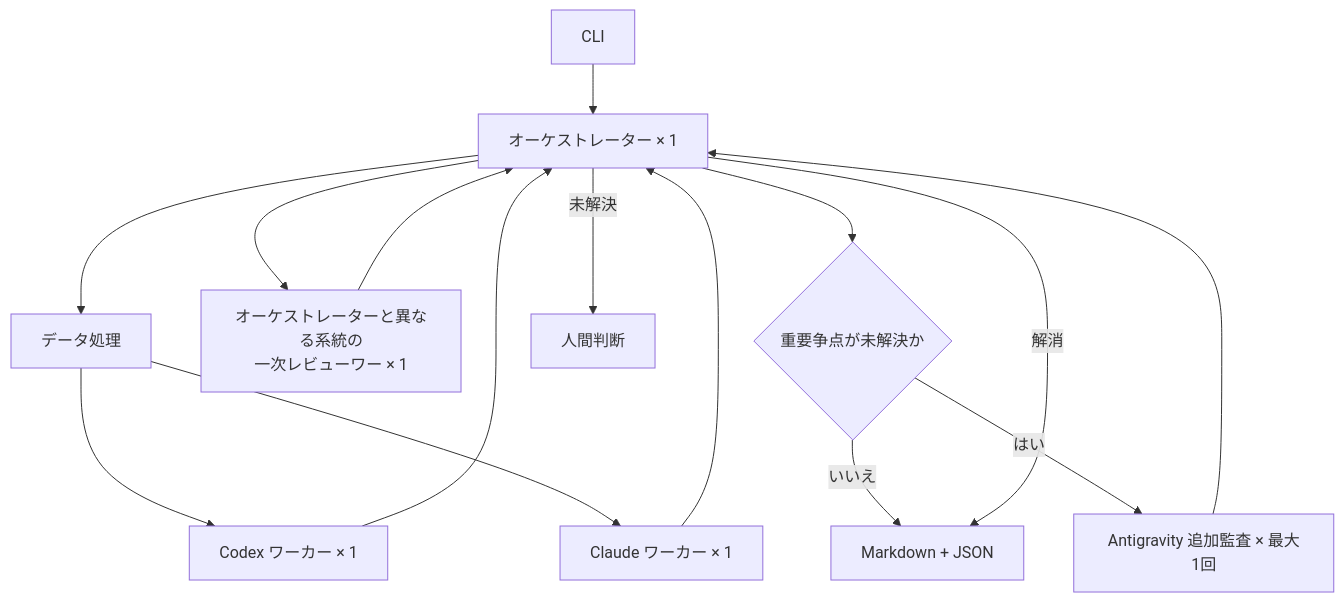
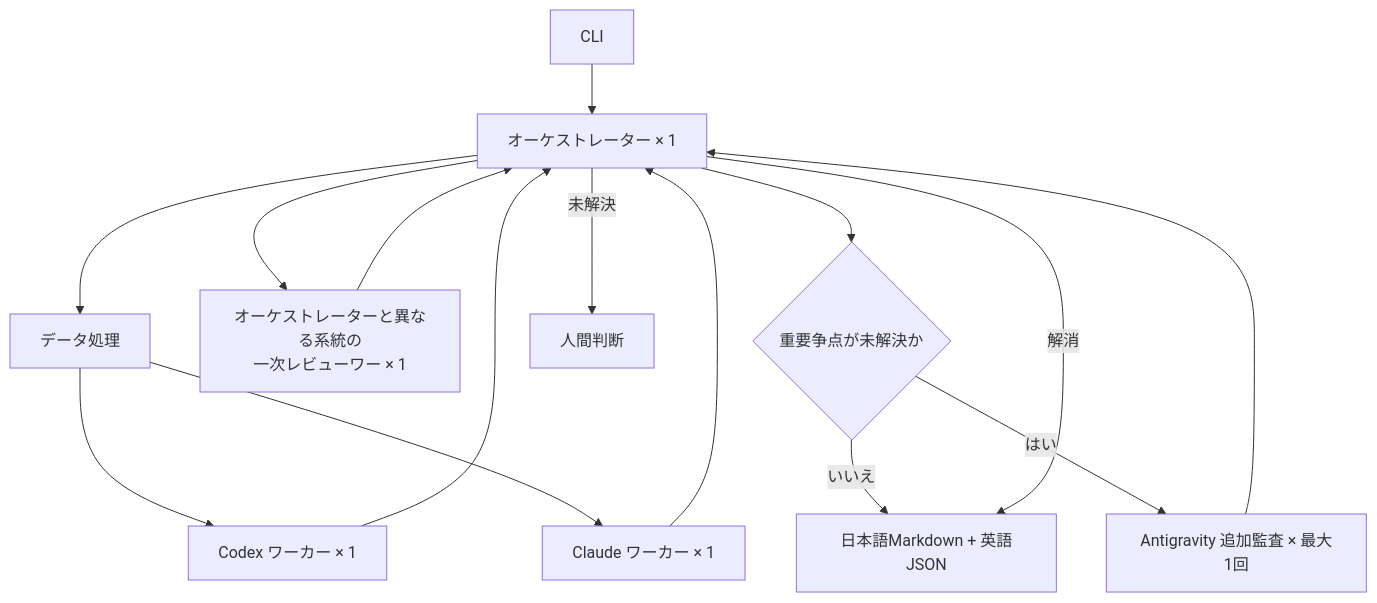
One commit to toike08D17012/system-trade-with-llm-orchestrator changed the seventh of 7 diagrams in docs/design/03-stock-research-system-architecture.md. Above: the diagram before and after it, drawn with Mermaid. The commit also changed other lines of this file and 14 other files, not shown here.

````diff
--- a/docs/design/03-stock-research-system-architecture.md
+++ b/docs/design/03-stock-research-system-architecture.md
@@ -983,28 +1052,28 @@
 ```mermaid
 flowchart TB
     CLI["CLI"]
     O["オーケストレーター × 1"]
     D["データ処理"]
     C["Codex ワーカー × 1"]
     A["Claude ワーカー × 1"]
     R["オーケストレーターと異なる系統の<br/>一次レビューワー × 1"]
     Q{"重要争点が未解決か"}
     G["Antigravity 追加監査 × 最大1回"]
-    F["Markdown + JSON"]
+    F["日本語Markdown + 英語JSON"]
     H["人間判断"]
 
     CLI --> O
     O --> D
     D --> C
     D --> A
     C --> O
     A --> O
     O --> R
     R --> O
     O --> Q
     Q -->|いいえ| F
     Q -->|はい| G
     G --> O
     O -->|解消| F
     O -->|未解決| H
 ```
````
